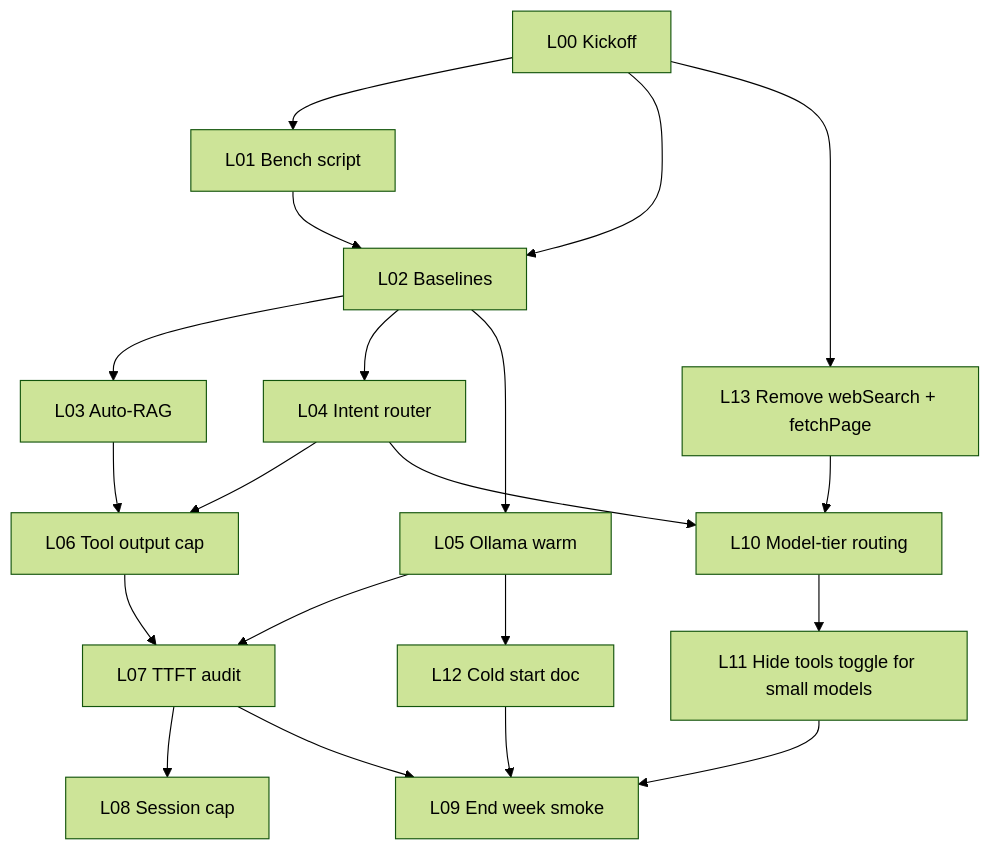
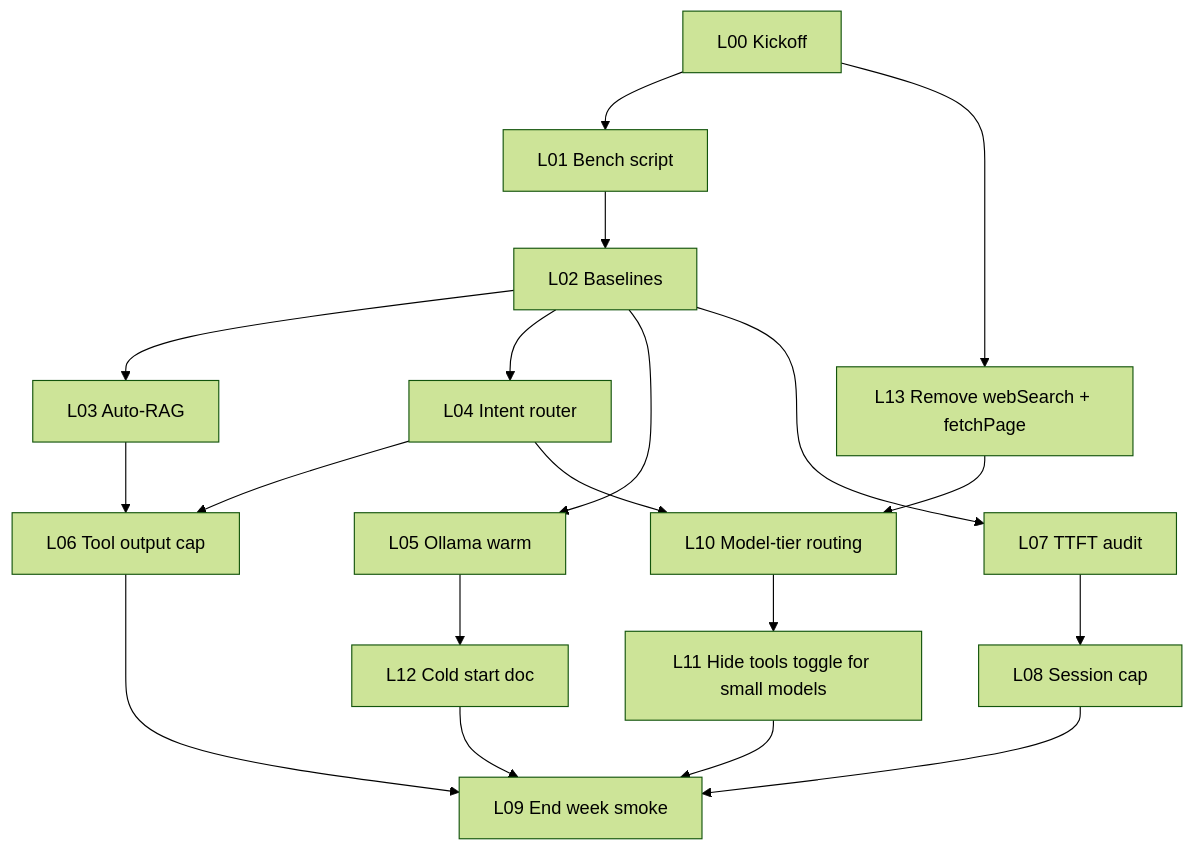
Before and after one commit to EduAI-Lab/EduAI: the second of 2 diagrams in docs/rag-ai/latency/eduai-summer-2026/TEAM_CHAT_LATENCY_SPRINT_GUIDE.md, drawn with Mermaid (forest theme). The commit also changed other lines of this file and 2 other files, not shown here.

````diff
--- a/docs/rag-ai/latency/eduai-summer-2026/TEAM_CHAT_LATENCY_SPRINT_GUIDE.md
+++ b/docs/rag-ai/latency/eduai-summer-2026/TEAM_CHAT_LATENCY_SPRINT_GUIDE.md
@@ -107,22 +107,21 @@
 ```mermaid
 flowchart TB
   L00[L00 Kickoff] --> L01[L01 Bench script]
-  L00 --> L02[L02 Baselines]
-  L01 --> L02
+  L00 --> L13[L13 Remove webSearch + fetchPage]
+  L01 --> L02[L02 Baselines]
   L02 --> L03[L03 Auto-RAG]
   L02 --> L04[L04 Intent router]
+  L02 --> L05[L05 Ollama warm]
+  L02 --> L07[L07 TTFT audit]
+  L05 --> L12[L12 Cold start doc]
   L03 --> L06[L06 Tool output cap]
   L04 --> L06
-  L02 --> L05[L05 Ollama warm]
-  L06 --> L07[L07 TTFT audit]
-  L05 --> L07
+  L04 --> L10[L10 Model-tier routing]
+  L13 --> L10
+  L10 --> L11[L11 Hide tools toggle for small models]
   L07 --> L08[L08 Session cap]
-  L04 --> L10[L10 Model-tier routing]
-  L10 --> L11[L11 Hide tools toggle for small models]
-  L05 --> L12[L12 Cold start doc]
-  L00 --> L13[L13 Remove webSearch + fetchPage]
-  L13 --> L10
   L11 --> L09[L09 End week smoke]
   L12 --> L09
-  L07 --> L09
+  L08 --> L09
+  L06 --> L09
 ```
````
